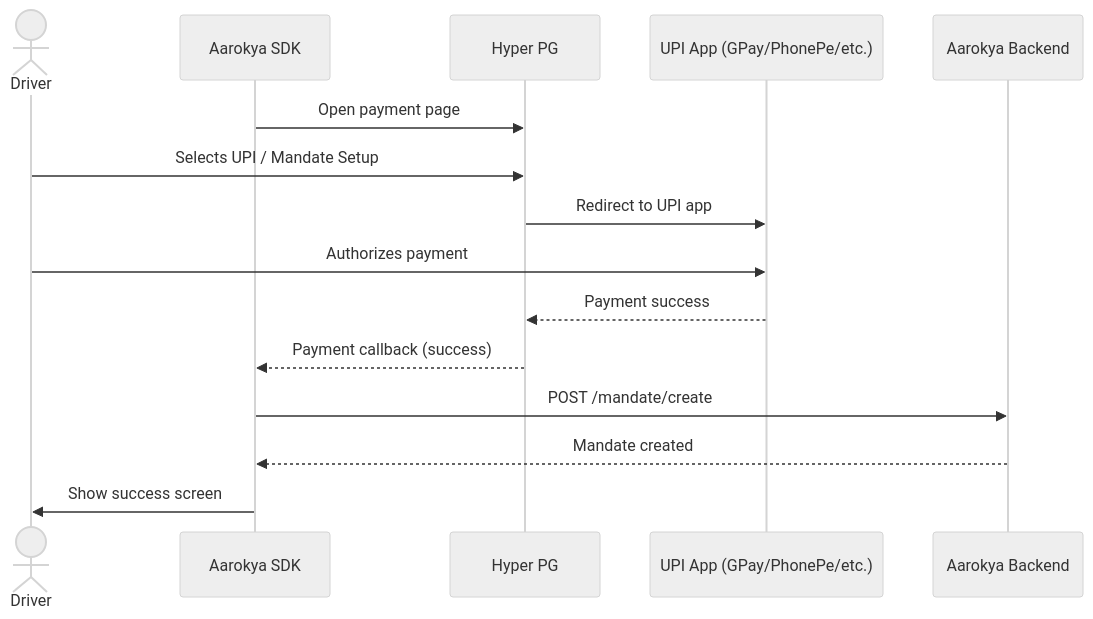
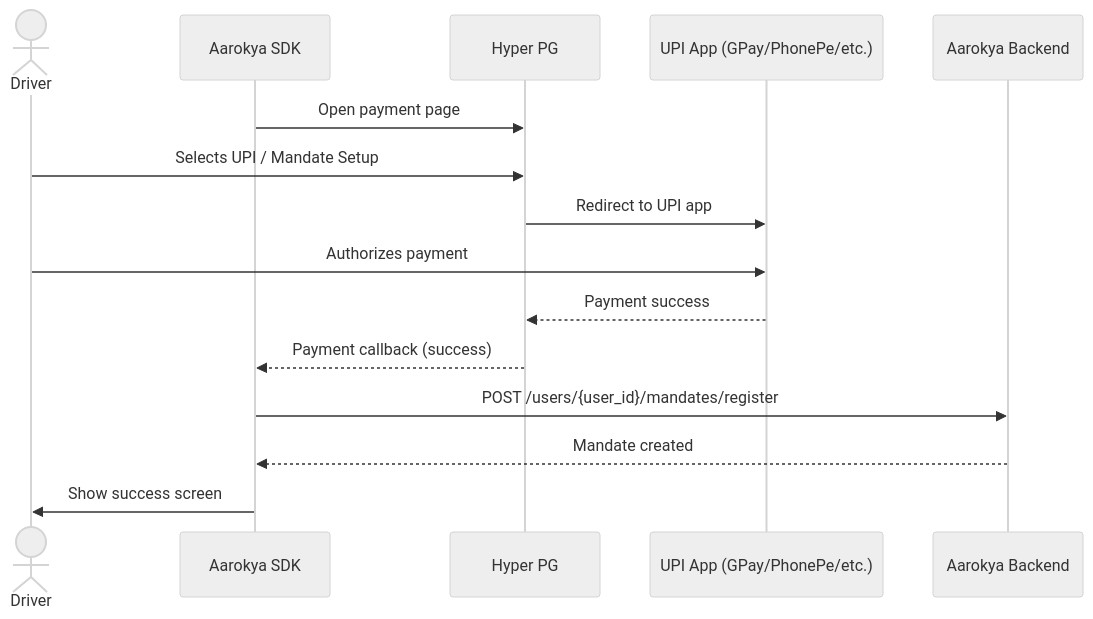
One commit to anu19981/aarokya-backend changed the seventh of 11 diagrams in api-reference/architecture/screen-flows.mdx. Above: the diagram before and after it, drawn with Mermaid (neutral theme). The commit also changed other lines of this file and 82 other files, not shown here.

Commit message:
sync: update api-reference from aarokya-agentic-app

````diff
--- a/api-reference/architecture/screen-flows.mdx
+++ b/api-reference/architecture/screen-flows.mdx
@@ -215,18 +218,18 @@
 ```mermaid
 sequenceDiagram
     actor Driver
     participant App as Aarokya SDK
     participant PG as Hyper PG
     participant UPI as UPI App (GPay/PhonePe/etc.)
     participant API as Aarokya Backend
 
     App->>PG: Open payment page
     Driver->>PG: Selects UPI / Mandate Setup
     PG->>UPI: Redirect to UPI app
     Driver->>UPI: Authorizes payment
     UPI-->>PG: Payment success
     PG-->>App: Payment callback (success)
-    App->>API: POST /mandate/create
+    App->>API: POST /users/{user_id}/mandates/register
     API-->>App: Mandate created
     App->>Driver: Show success screen
 ```
````
